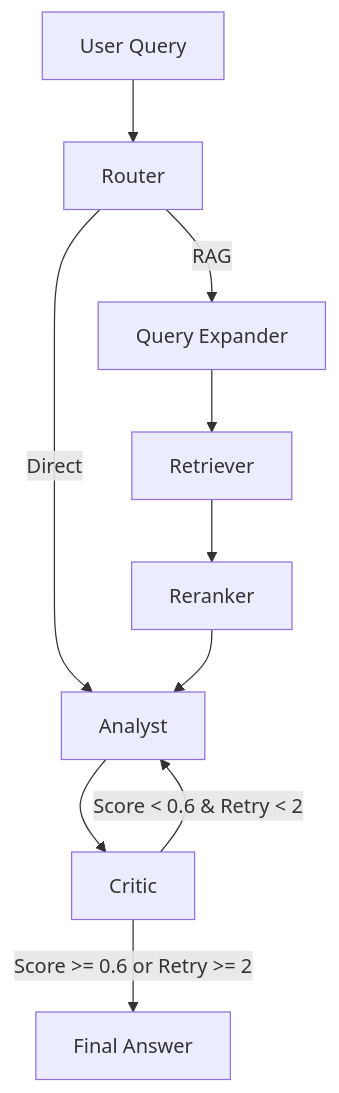
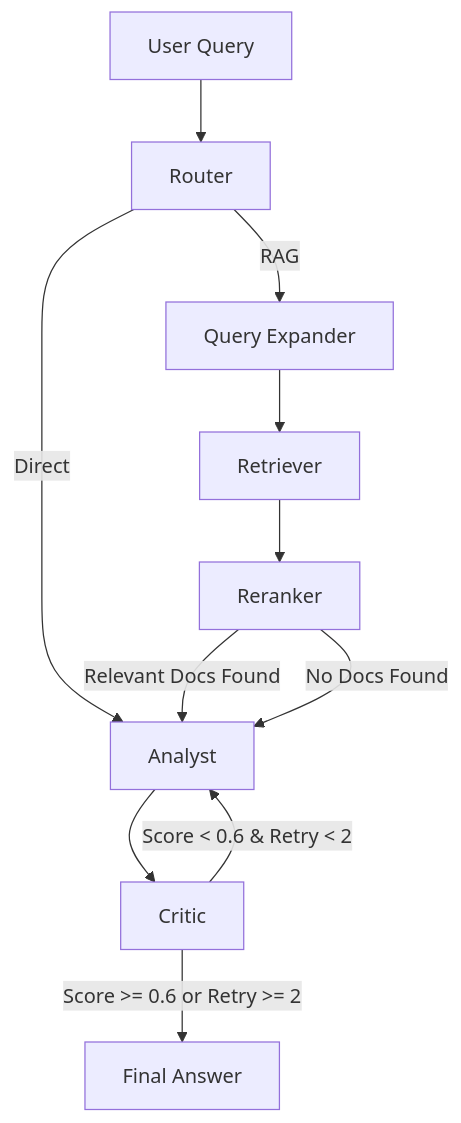
Before and after one commit to TinkerTechie/argus-ai-rag: the diagram in ARCHITECTURE.md, drawn with Mermaid. The commit also changed other lines of this file and 9 other files, not shown here.

````diff
--- a/ARCHITECTURE.md
+++ b/ARCHITECTURE.md
@@ -9,12 +9,13 @@
 ```mermaid
 graph TD
     A[User Query] --> B[Router]
     B -- RAG --> C[Query Expander]
     B -- Direct --> F[Analyst]
     C --> D[Retriever]
     D --> E[Reranker]
-    E --> F
+    E -- Relevant Docs Found --> F
+    E -- No Docs Found --> F
     F --> G[Critic]
     G -- Score < 0.6 & Retry < 2 --> F
     G -- Score >= 0.6 or Retry >= 2 --> H[Final Answer]
 ```
````
